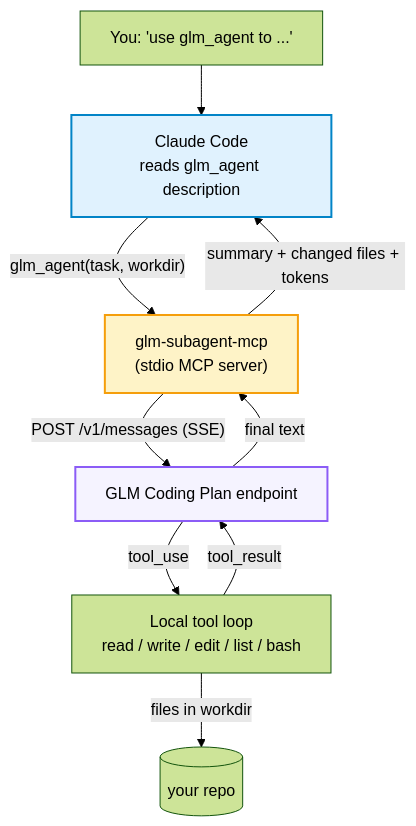
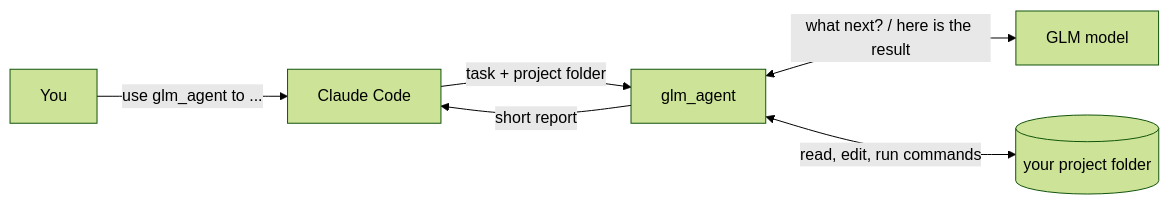
The diagram in README.md (HOWILLMAKEIT/glm-subagent-mcp), drawn with Mermaid (forest theme) before and after one commit. The commit also changed other lines of this file and 1 other file, not shown here.

````diff
--- a/README.md
+++ b/README.md
@@ -48,15 +75,8 @@
 ```mermaid
-flowchart TD
-    U["You: 'use glm_agent to ...'"] --> A["Claude Code<br/>reads glm_agent description"]
-    A -->|"glm_agent(task, workdir)"| B["glm-subagent-mcp<br/>(stdio MCP server)"]
-    B -->|"POST /v1/messages (SSE)"| C["GLM Coding Plan endpoint"]
-    C -->|"tool_use"| D["Local tool loop<br/>read / write / edit / list / bash"]
-    D -->|"tool_result"| C
-    D -->|"files in workdir"| E[("your repo")]
-    C -->|"final text"| B
-    B -->|"summary + changed files + tokens"| A
-
-    style A fill:#e0f2fe,stroke:#0284c7,stroke-width:2px
-    style B fill:#fef3c7,stroke:#f59e0b,stroke-width:2px
-    style C fill:#f5f3ff,stroke:#8b5cf6,stroke-width:2px
+flowchart LR
+    A["You"] -->|"use glm_agent to ..."| B["Claude Code"]
+    B -->|"task + project folder"| C["glm_agent"]
+    C <-->|"what next? / here is the result"| D["GLM model"]
+    C <-->|"read, edit, run commands"| E[("your project folder")]
+    C -->|"short report"| B
 ```
````
